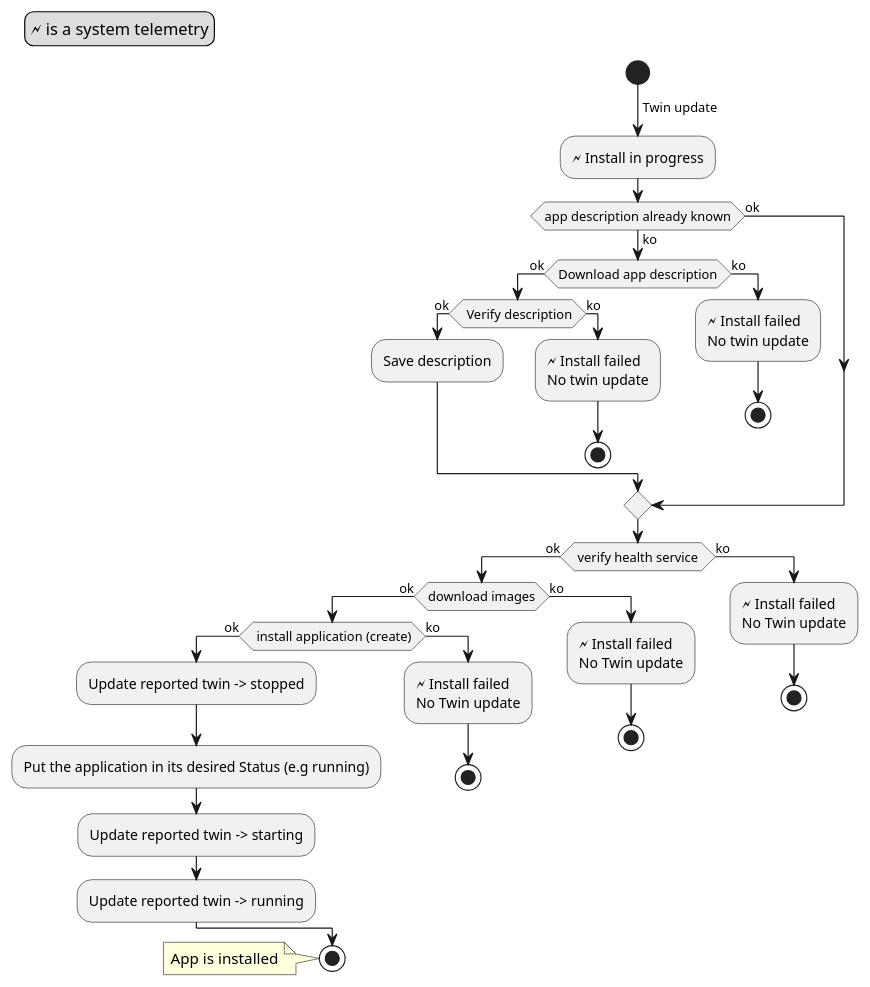
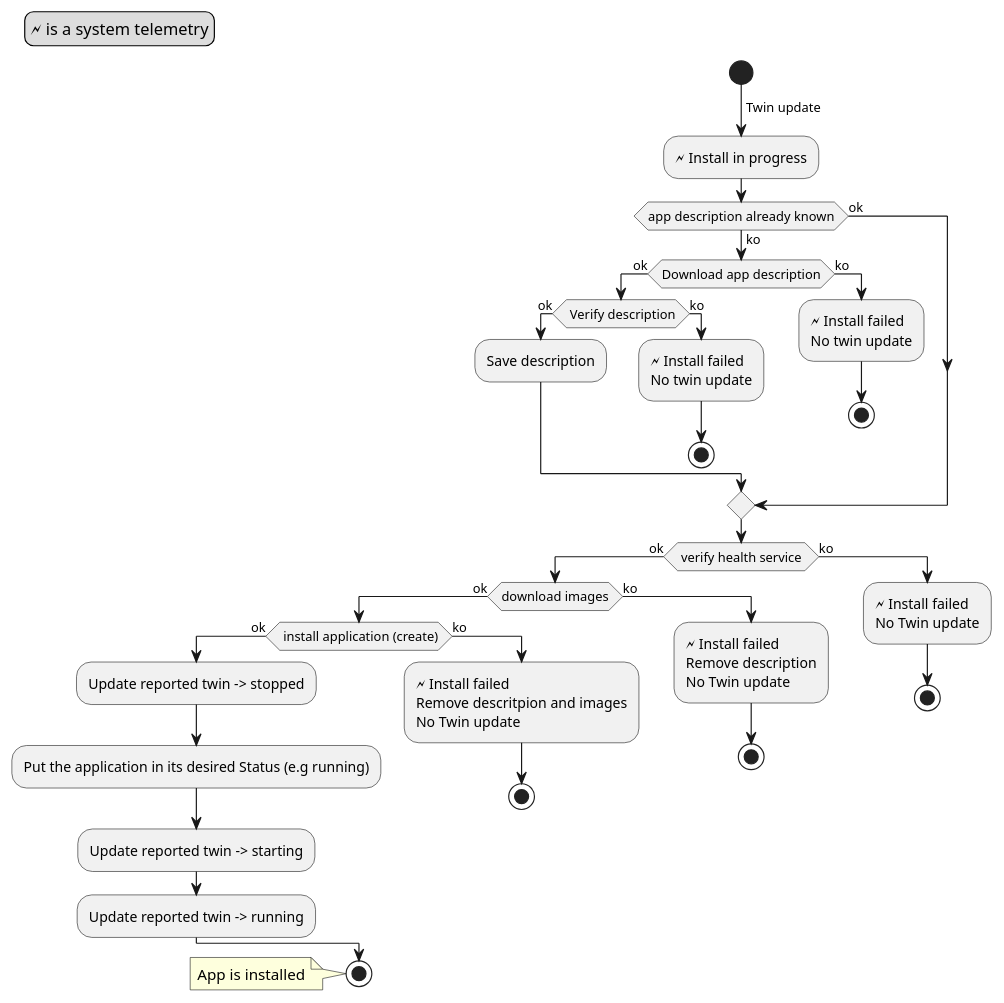
One commit to se-edge/framework-diagrams changed the diagram in UseCases/Install-application/Install-application.activity.puml. Above: the diagram before and after it, drawn with PlantUML.

```diff
--- a/UseCases/Install-application/Install-application.activity.puml
+++ b/UseCases/Install-application/Install-application.activity.puml
@@ -1,52 +1,54 @@
 @startuml
 legend top left
 🗲 is a system telemetry
 endlegend
 
 start
 -> Twin update;
 :🗲 Install in progress;
 
 if (app description already known) then (ko)
     if (Download app description) then (ok)
         if( Verify description) then (ok)
             :Save description;
         else(ko)
             :🗲 Install failed
             No twin update;
             stop
         endif
     else (ko)
         :🗲 Install failed
         No twin update;
         stop
     endif
 else(ok)
 endif
 if ( verify health service ) then (ok)
     if(download images) then (ok)
         if( install application (create)) then (ok)
             :Update reported twin -> stopped;
             :Put the application in its desired Status (e.g running);
             :Update reported twin -> starting;
             :Update reported twin -> running;
         else (ko)
             :🗲 Install failed
+            Remove descritpion and images
             No Twin update;
             stop
         endif
         stop
         note
             App is installed
         end note
     else(ko)
         :🗲 Install failed
+        Remove description
         No Twin update;
         stop
     endif
 else (ko)
     :🗲 Install failed
     No Twin update;
     stop
 endif
 @enduml
```
